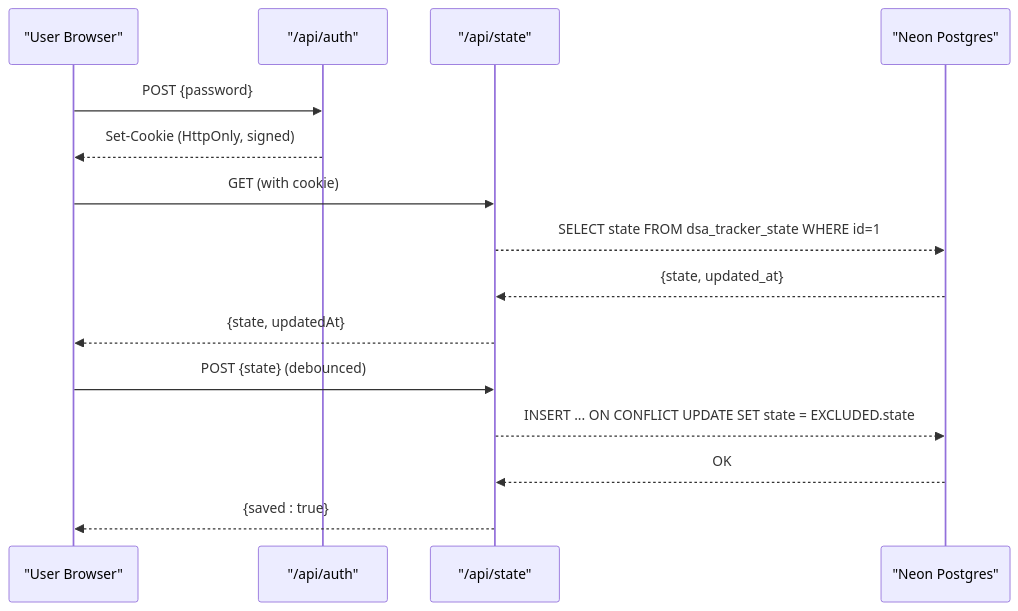
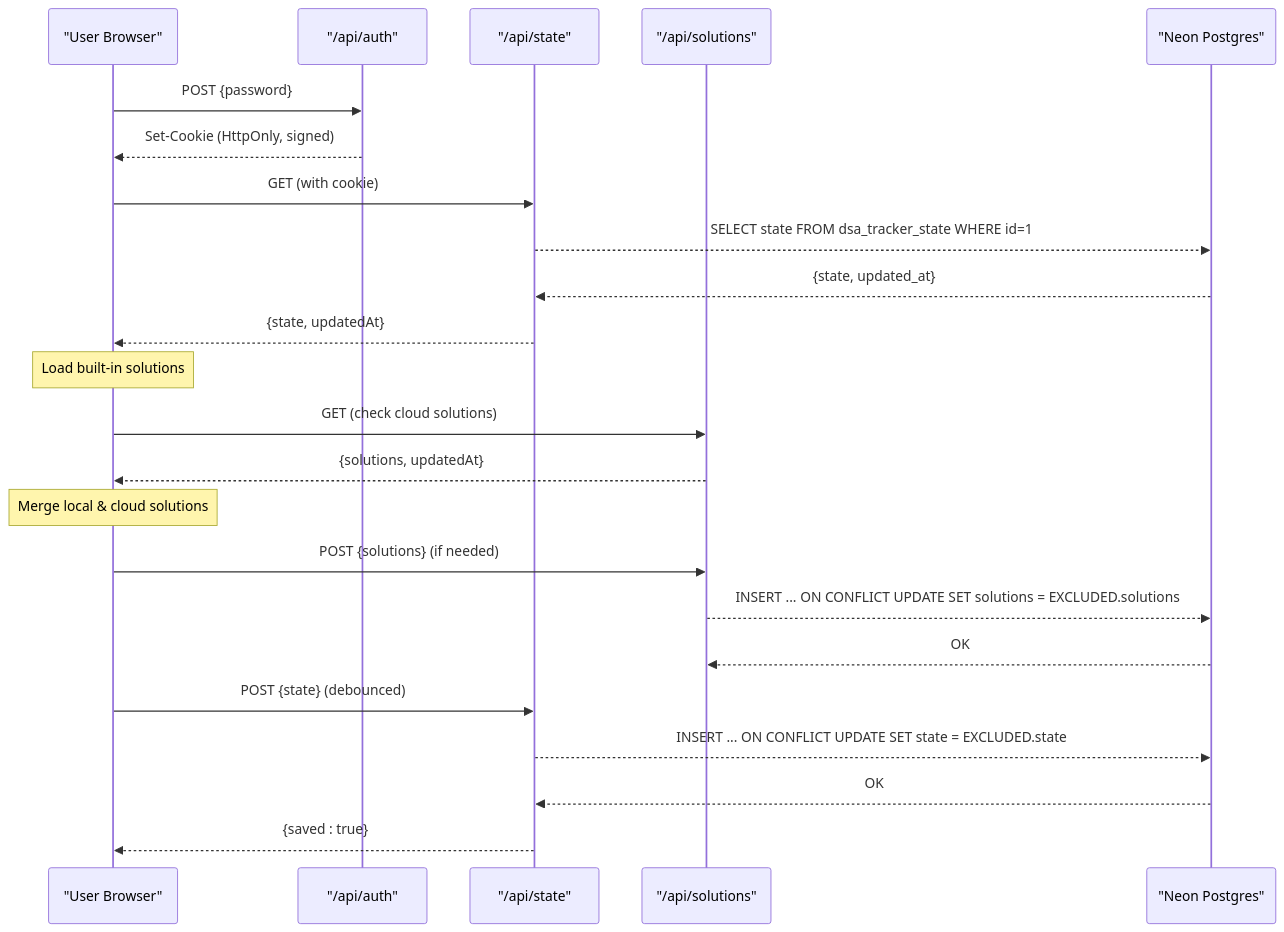
The second of 10 diagrams in .qoder/repowiki/en/content/Cloud Synchronization.md (iamrituraj/DSA-Tracker), drawn with Mermaid before and after one commit. The commit also changed other lines of this file and 29 other files, not shown here.

````diff
--- a/.qoder/repowiki/en/content/Cloud Synchronization.md
+++ b/.qoder/repowiki/en/content/Cloud Synchronization.md
@@ -106,17 +121,25 @@
 ```mermaid
 sequenceDiagram
 participant U as "User Browser"
 participant A as "/api/auth"
 participant S as "/api/state"
+participant SL as "/api/solutions"
 participant DB as "Neon Postgres"
 U->>A : POST {password}
 A-->>U : Set-Cookie (HttpOnly, signed)
 U->>S : GET (with cookie)
 S-->>DB : SELECT state FROM dsa_tracker_state WHERE id=1
 DB-->>S : {state, updated_at}
 S-->>U : {state, updatedAt}
+Note over U : Load built-in solutions
+U->>SL : GET (check cloud solutions)
+SL-->>U : {solutions, updatedAt}
+Note over U : Merge local & cloud solutions
+U->>SL : POST {solutions} (if needed)
+SL-->>DB : INSERT ... ON CONFLICT UPDATE SET solutions = EXCLUDED.solutions
+DB-->>SL : OK
 U->>S : POST {state} (debounced)
 S-->>DB : INSERT ... ON CONFLICT UPDATE SET state = EXCLUDED.state
 DB-->>S : OK
 S-->>U : {saved : true}
 ```
````
